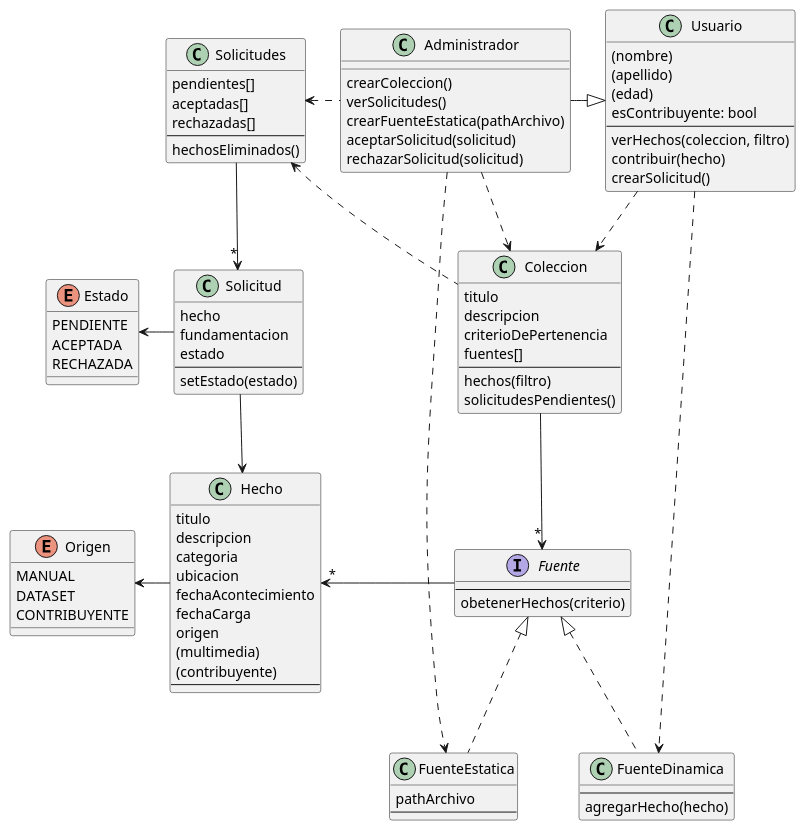
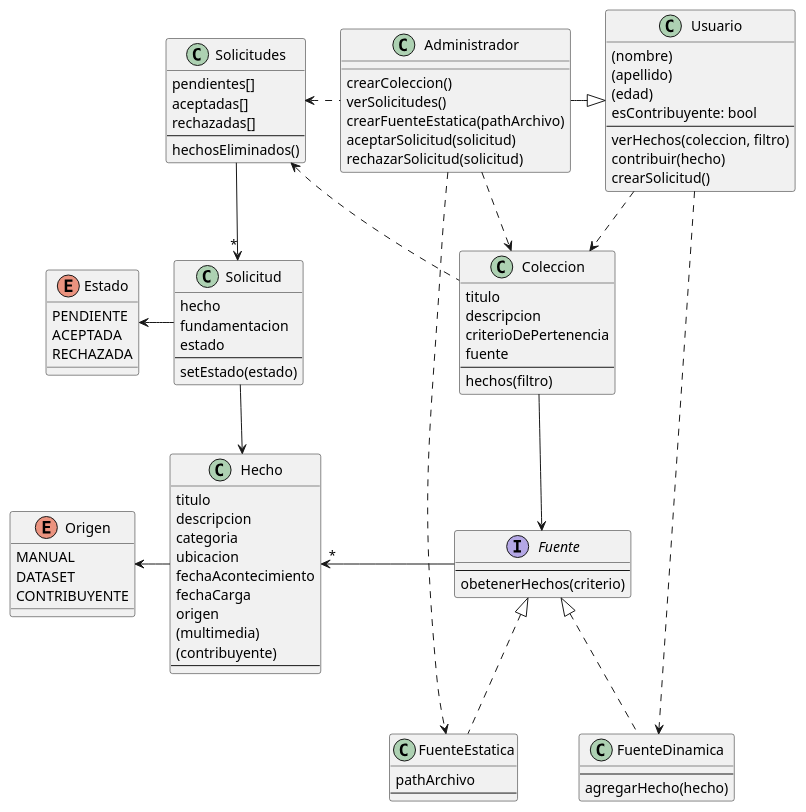
The diagram in diagramas/diagrama-clases.puml (lrizzitano/Metamapa), drawn with PlantUML before and after one commit.

Commit message:
Actualizo diagrama de clases

```diff
--- a/diagramas/diagrama-clases.puml
+++ b/diagramas/diagrama-clases.puml
@@ -1,126 +1,125 @@
 @startuml MetaMapa
 
 class Usuario {
     (nombre)
     (apellido)
     (edad)
     esContribuyente: bool
     --
     verHechos(coleccion, filtro)
     contribuir(hecho)
     crearSolicitud()
 }
 
 class Administrador {
     crearColeccion()
     verSolicitudes()
     crearFuenteEstatica(pathArchivo)
     aceptarSolicitud(solicitud)
     rechazarSolicitud(solicitud)
 
 }
 
 class Solicitud {
     hecho
     fundamentacion
     estado
     --
     setEstado(estado)
 }
 
 class Solicitudes{
     pendientes[]
     aceptadas[]
     rechazadas[]
     --
     hechosEliminados()
 }
 
 class Coleccion {
     titulo
     descripcion
     criterioDePertenencia
-    fuentes[]
+    fuente
     --
     hechos(filtro)
-    solicitudesPendientes()
 }
 
 interface Fuente {
     --
     obetenerHechos(criterio)
 }
 
 class FuenteEstatica {
     pathArchivo
     --
 }
 
 class FuenteDinamica {
     --
     agregarHecho(hecho)
 }
 
 class Hecho {
     titulo
     descripcion
     categoria
     ubicacion
     fechaAcontecimiento
     fechaCarga
     origen
     (multimedia)
     (contribuyente)
     --
 }
 
 enum Estado {
     PENDIENTE
     ACEPTADA
     RECHAZADA
 }
 
 enum Origen {
     MANUAL
     DATASET
     CONTRIBUYENTE
 }
 
 
 Administrador -r-|> Usuario
 
 Administrador ..> Coleccion
 Administrador .l.> Solicitudes
 Administrador ..> FuenteEstatica
 
 Usuario ..> FuenteDinamica
 Usuario ..> Coleccion
 
 
-Coleccion --> "*" Fuente
+Coleccion --> Fuente
 Coleccion .l.> Solicitudes
 
 Fuente -l-> "*" Hecho
 
 FuenteEstatica .u.|> Fuente
 FuenteDinamica .u.|> Fuente
 
 Hecho -l-> Origen
 
 Solicitud -l-> Estado
 Solicitud --> Hecho
 
 Solicitudes -->"*" Solicitud
 
 ' TODO Preguntas:
 
 '   Implementacion de las etiquetas
 
 '   Una coleccion puede tener mas de una fuente?
 
 '   Las fuentes van a buscar los datos cada vez que se les hace una consulta
 '   o guardan los datos de manera local?
 
 '   Tiene sentido inlucluir clases en el diagrama que no se van a aplicar en esta entrega?
 
 @enduml
```
